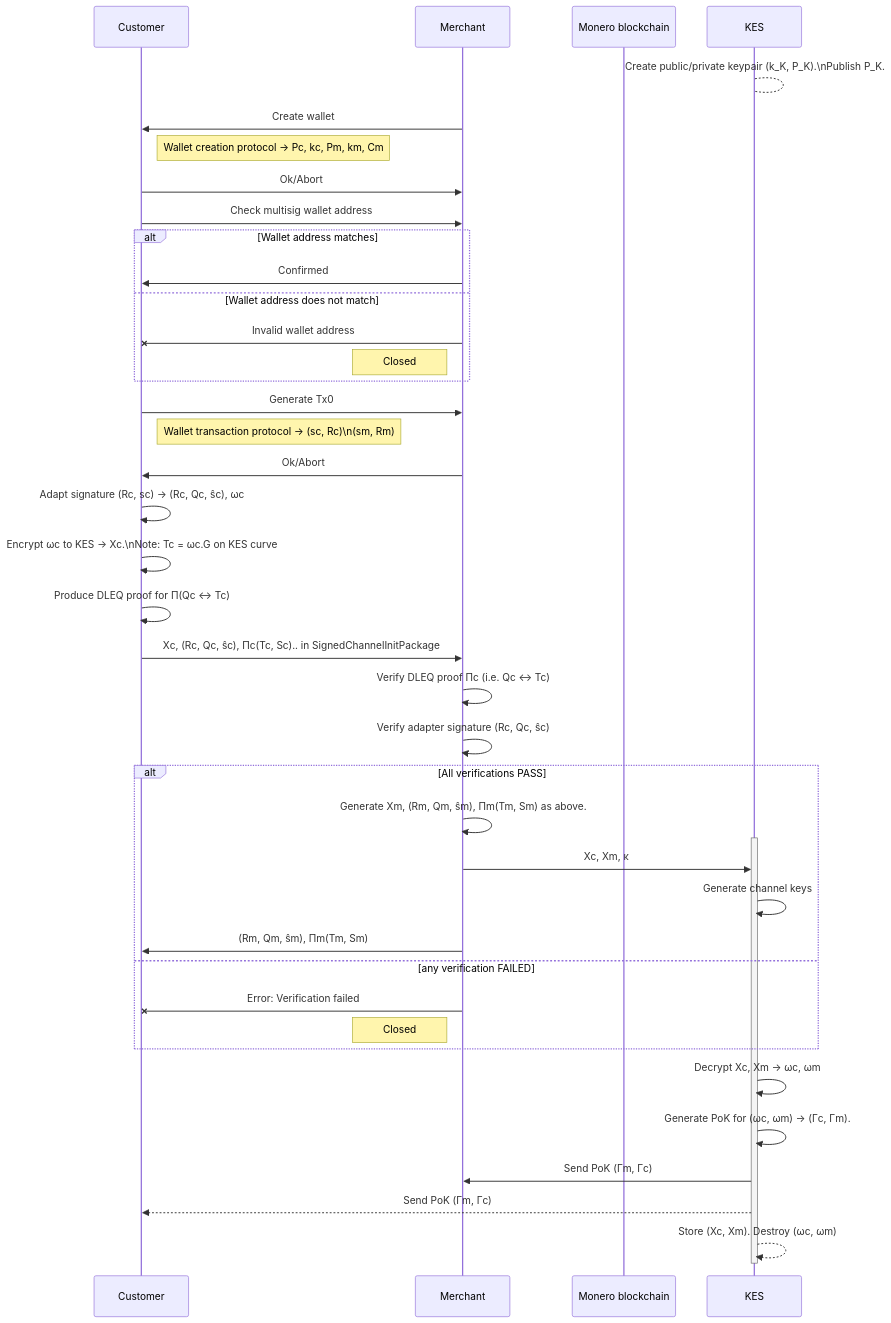
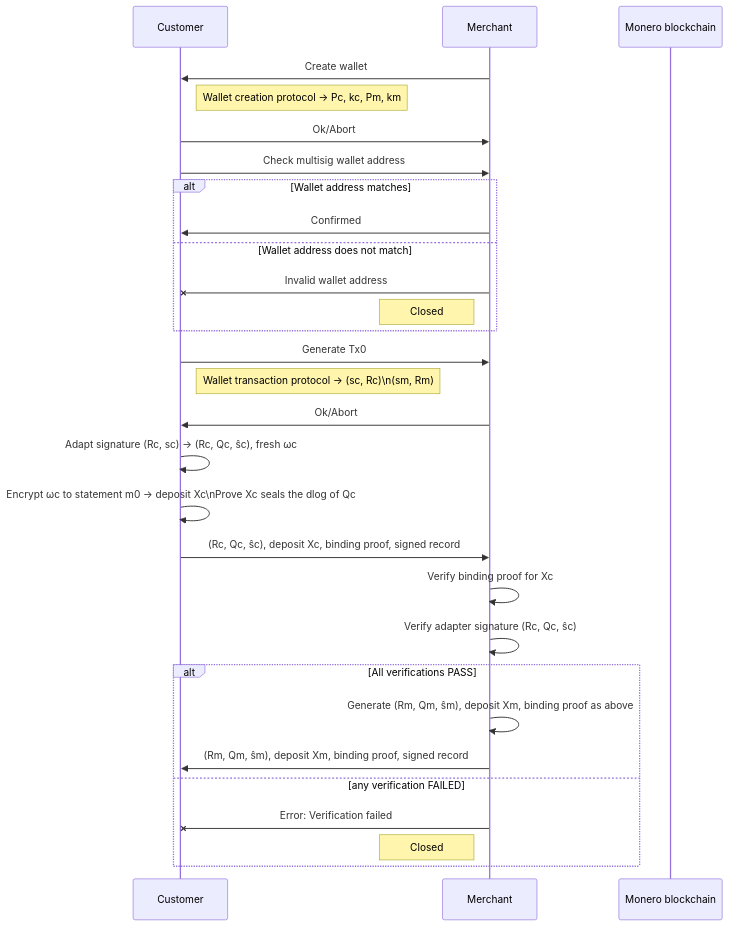
The diagram in docs/diagrams/establish_channel_sequence_a.md (grease-xmr/grease), drawn with Mermaid before and after one commit. The commit also changed 48 other files, not shown here.

````diff
--- a/docs/diagrams/establish_channel_sequence_a.md
+++ b/docs/diagrams/establish_channel_sequence_a.md
@@ -1,49 +1,36 @@
 ```mermaid
 sequenceDiagram
     participant C as Customer
     participant M as Merchant
     participant L1 as Monero blockchain
-    participant KES as KES
 
-    KES-->KES: Create public/private keypair (k_K, P_K).\nPublish P_K.
     M->>C: Create wallet
-    note right of C: Wallet creation protocol -> Pc, kc, Pm, km, Cm
+    note right of C: Wallet creation protocol -> Pc, kc, Pm, km
     C->>M: Ok/Abort
 
     C->>M: Check multisig wallet address
     alt Wallet address matches
         M->>C: Confirmed
     else Wallet address does not match
         M-xC: Invalid wallet address
         note left of M: Closed
     end
 
     C->>M: Generate Tx0
     note right of C: Wallet transaction protocol -> (sc, Rc)\n(sm, Rm)
     M->>C: Ok/Abort
-    
-    C->>C: Adapt signature (Rc, sc) -> (Rc, Qc, ŝc), ωc
-    C->>C: Encrypt ωc to KES -> Xc.\nNote: Tc = ωc.G on KES curve
-    C->>C: Produce DLEQ proof for Π(Qc <-> Tc) 
-    C->>M: Χc, (Rc, Qc, ŝc), Πc(Tc, Sc).. in SignedChannelInitPackage
-    
-    M->>M: Verify DLEQ proof Πc (i.e. Qc <-> Tc)
+
+    C->>C: Adapt signature (Rc, sc) -> (Rc, Qc, ŝc), fresh ωc
+    C->>C: Encrypt ωc to statement m0 -> deposit Xc\nProve Xc seals the dlog of Qc
+    C->>M: (Rc, Qc, ŝc), deposit Xc, binding proof, signed record
+
+    M->>M: Verify binding proof for Xc
     M->>M: Verify adapter signature (Rc, Qc, ŝc)
     alt All verifications PASS
-        M->>M: Generate Χm, (Rm, Qm, ŝm), Πm(Tm, Sm) as above.
-        activate KES
-        M->>KES: Xc, Xm, κ
-        KES->>KES: Generate channel keys
-        M->>C: (Rm, Qm, ŝm), Πm(Tm, Sm)
+        M->>M: Generate (Rm, Qm, ŝm), deposit Xm, binding proof as above
+        M->>C: (Rm, Qm, ŝm), deposit Xm, binding proof, signed record
     else any verification FAILED
         M-xC: Error: Verification failed
         note left of M: Closed
     end
-    
-    KES->>KES: Decrypt Xc, Xm -> ωc, ωm
-    KES->>KES: Generate PoK for (ωc, ωm) -> (Γc, Γm).
-    KES->>M: Send PoK (Γm, Γc)
-    KES-->>C: Send PoK (Γm, Γc)
-    KES-->>KES: Store (Xc, Xm). Destroy (ωc, ωm)
-    deactivate KES
 ```
````
